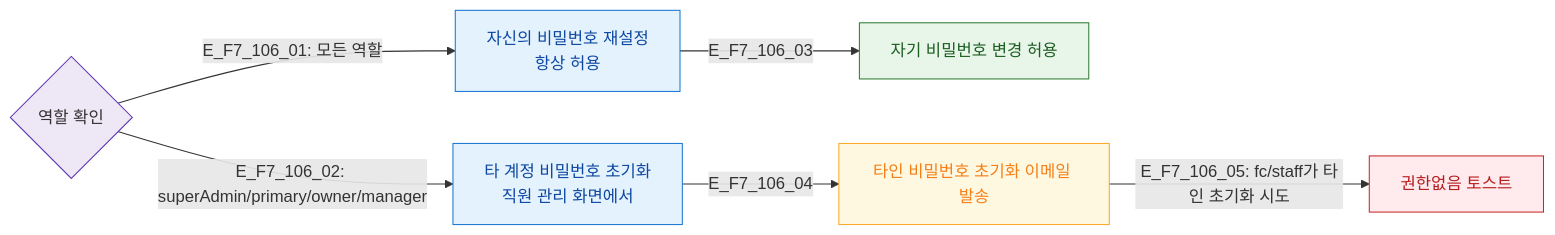
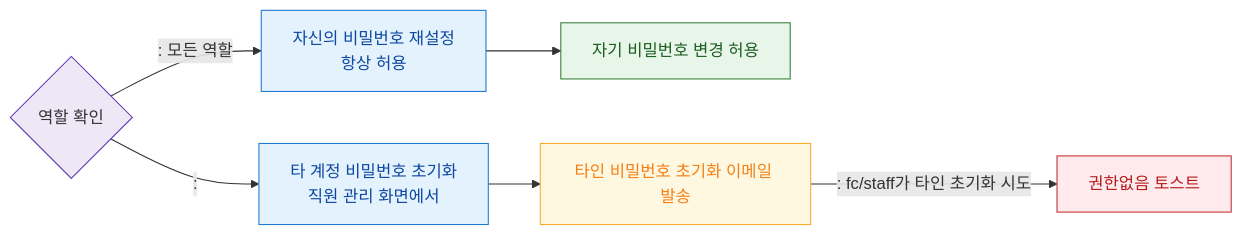
The diagram in docs/다이어그램/D01_공통/SCR-106_비밀번호재설정/F7_권한.md (dev-spogym/admin-pando), drawn with Mermaid before and after one commit. The commit also changed other lines of this file and 1660 other files, not shown here.

First line of the commit message:
다이어그램: 기획자/클라이언트 납품본으로 정리

````diff
--- a/docs/다이어그램/D01_공통/SCR-106_비밀번호재설정/F7_권한.md
+++ b/docs/다이어그램/D01_공통/SCR-106_비밀번호재설정/F7_권한.md
@@ -19,24 +17,24 @@
 ```mermaid
 flowchart LR
     ROLE{역할 확인}
 
-    ROLE -->|"E_F7_106_01: 모든 역할"| SELF_RESET[자신의 비밀번호 재설정\n항상 허용]
-    ROLE -->|"E_F7_106_02: superAdmin/primary/owner/manager"| ADMIN_RESET[타 계정 비밀번호 초기화\n직원 관리 화면에서]
+    ROLE -->|": 모든 역할"|SELF_RESET[자신의 비밀번호 재설정\n항상 허용]
+    ROLE -->|": "|ADMIN_RESET[타 계정 비밀번호 초기화\n직원 관리 화면에서]
 
-    SELF_RESET -->|E_F7_106_03| ACT_SELF[자기 비밀번호 변경 허용]
-    ADMIN_RESET -->|E_F7_106_04| ACT_ADMIN[타인 비밀번호 초기화 이메일 발송]
+    SELF_RESET --> ACT_SELF[자기 비밀번호 변경 허용]
+    ADMIN_RESET --> ACT_ADMIN[타인 비밀번호 초기화 이메일 발송]
 
-    ACT_ADMIN -->|"E_F7_106_05: fc/staff가 타인 초기화 시도"| BLOCKED[권한없음 토스트]
+    ACT_ADMIN -->|": fc/staff가 타인 초기화 시도"|BLOCKED[권한없음 토스트]
 
-    classDef screen      fill:#E3F2FD,stroke:#1976D2,color:#0D47A1
-    classDef success     fill:#E8F5E9,stroke:#2E7D32,color:#1B5E20
-    classDef warning     fill:#FFF8E1,stroke:#F9A825,color:#F57F17
-    classDef error       fill:#FFEBEE,stroke:#C62828,color:#B71C1C
+    classDef screen fill:#E3F2FD,stroke:#1976D2,color:#0D47A1
+    classDef success fill:#E8F5E9,stroke:#2E7D32,color:#1B5E20
+    classDef warning fill:#FFF8E1,stroke:#F9A825,color:#F57F17
+    classDef error fill:#FFEBEE,stroke:#C62828,color:#B71C1C
     classDef rbacBlocked fill:#F5F5F5,stroke:#9E9E9E,color:#616161
-    classDef system      fill:#EDE7F6,stroke:#5E35B2
+    classDef system fill:#EDE7F6,stroke:#5E35B2
     class SELF_RESET,ADMIN_RESET screen
     class ACT_SELF success
     class ACT_ADMIN warning
     class BLOCKED error
     class ROLE system
 ```
````
